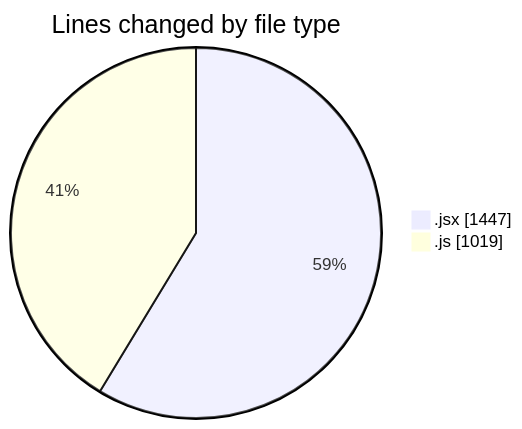
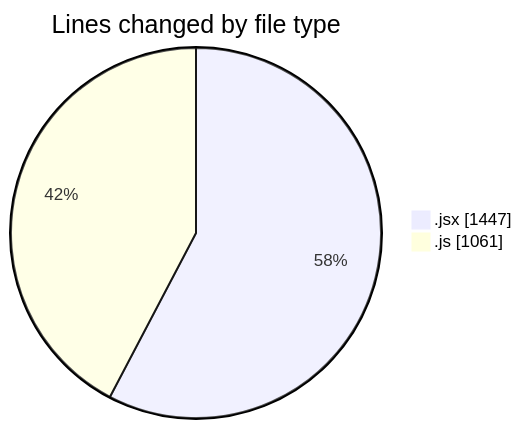
One commit to nxtqubesakshisongat/code-tracking changed the first of 2 diagrams in 2025-09-15/nxtqube_webapp/README.md. Above: the diagram before and after it, drawn with Mermaid. The commit also changed other lines of this file and 1 other file, not shown here.

````diff
--- a/2025-09-15/nxtqube_webapp/README.md
+++ b/2025-09-15/nxtqube_webapp/README.md
@@ -22,6 +22,6 @@
 ```mermaid
 pie showData
 title Lines changed by file type
 ".jsx" : 1447
-".js" : 1019
+".js" : 1061
 ```
````
